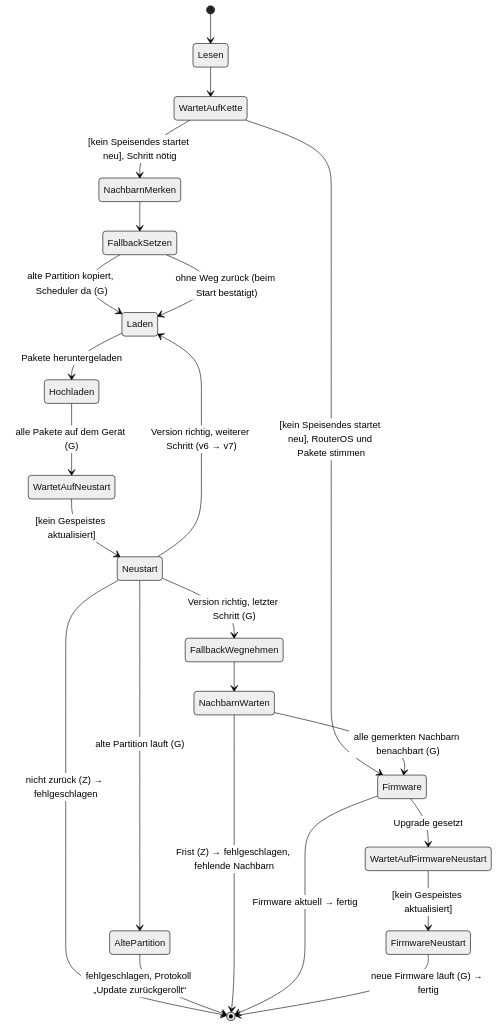
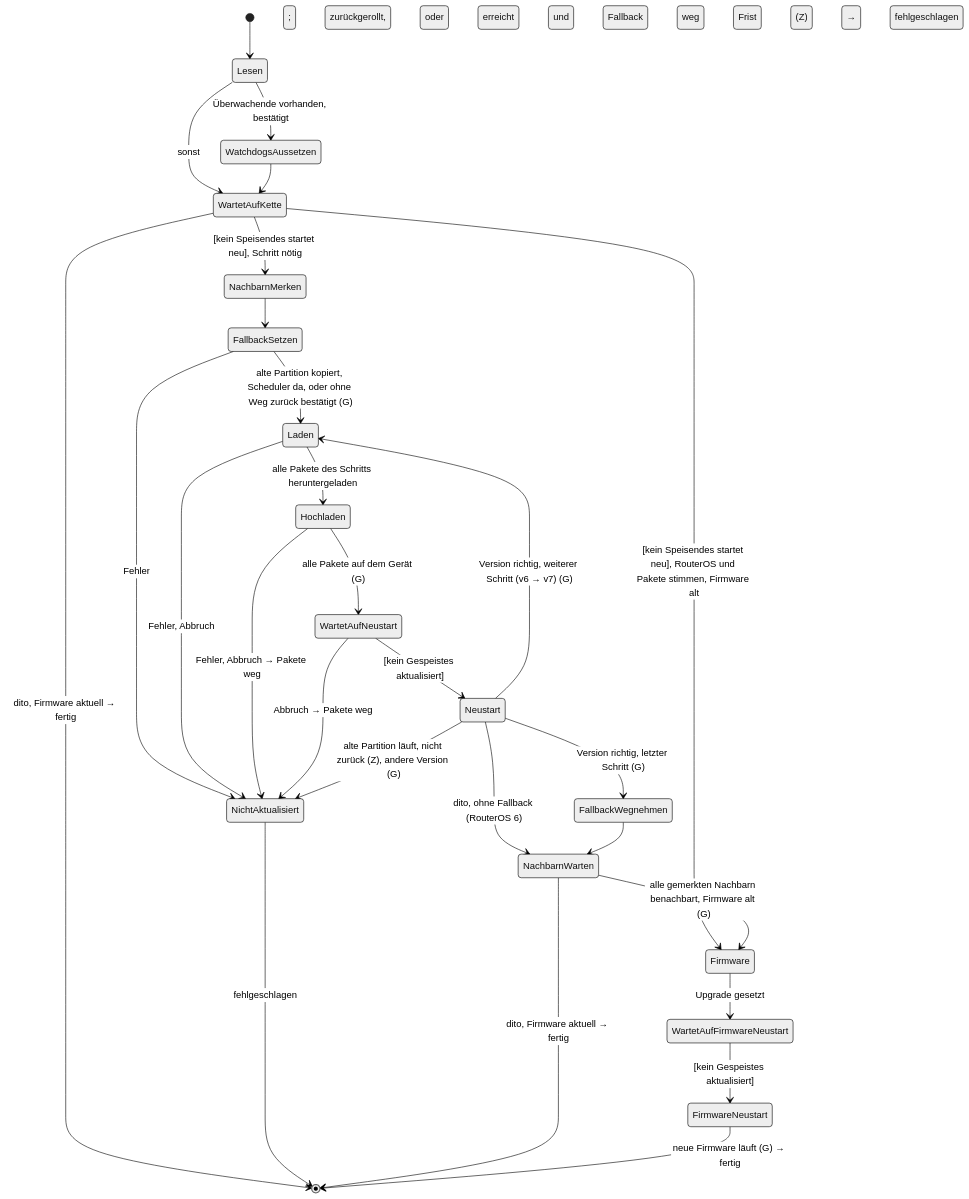
One commit to koa/netbox-provisioner changed the third of 10 diagrams in docs/concepts/device-state.md. Above: the diagram before and after it, drawn with Mermaid (neutral theme). The commit also changed other lines of this file and 5 other files, not shown here.

````diff
--- a/docs/concepts/device-state.md
+++ b/docs/concepts/device-state.md
@@ -223,25 +226,30 @@
 ```mermaid
 stateDiagram-v2
     [*] --> Lesen
-    Lesen --> WartetAufKette
+    Lesen --> WatchdogsAussetzen: Überwachende vorhanden, bestätigt
+    Lesen --> WartetAufKette: sonst
+    WatchdogsAussetzen --> WartetAufKette
     WartetAufKette --> NachbarnMerken: [kein Speisendes startet neu], Schritt nötig
-    WartetAufKette --> Firmware: [kein Speisendes startet neu], RouterOS und Pakete stimmen
+    WartetAufKette --> Firmware: [kein Speisendes startet neu], RouterOS und Pakete stimmen, Firmware alt
+    WartetAufKette --> [*]: dito, Firmware aktuell → fertig
     NachbarnMerken --> FallbackSetzen
-    FallbackSetzen --> Laden: alte Partition kopiert, Scheduler da (G)
-    FallbackSetzen --> Laden: ohne Weg zurück (beim Start bestätigt)
-    Laden --> Hochladen: Pakete heruntergeladen
+    FallbackSetzen --> Laden: alte Partition kopiert, Scheduler da, oder ohne Weg zurück bestätigt (G)
+    Laden --> Hochladen: alle Pakete des Schritts heruntergeladen
     Hochladen --> WartetAufNeustart: alle Pakete auf dem Gerät (G)
     WartetAufNeustart --> Neustart: [kein Gespeistes aktualisiert]
-    Neustart --> Laden: Version richtig, weiterer Schritt (v6 → v7)
+    Neustart --> Laden: Version richtig, weiterer Schritt (v6 → v7) (G)
     Neustart --> FallbackWegnehmen: Version richtig, letzter Schritt (G)
-    Neustart --> AltePartition: alte Partition läuft (G)
-    Neustart --> [*]: nicht zurück (Z) → fehlgeschlagen
-    AltePartition --> [*]: fehlgeschlagen, Protokoll „Update zurückgerollt“
+    Neustart --> NachbarnWarten: dito, ohne Fallback (RouterOS 6)
+    FallbackSetzen --> NichtAktualisiert: Fehler
+    Laden --> NichtAktualisiert: Fehler, Abbruch
+    Hochladen --> NichtAktualisiert: Fehler, Abbruch → Pakete weg
+    WartetAufNeustart --> NichtAktualisiert: Abbruch → Pakete weg
+    Neustart --> NichtAktualisiert: alte Partition läuft, nicht zurück (Z), andere Version (G)
+    NichtAktualisiert --> [*]: fehlgeschlagen; zurückgerollt, oder erreicht und Fallback weg
     FallbackWegnehmen --> NachbarnWarten
-    NachbarnWarten --> Firmware: alle gemerkten Nachbarn benachbart (G)
-    NachbarnWarten --> [*]: Frist (Z) → fehlgeschlagen, fehlende Nachbarn
-    Firmware --> [*]: Firmware aktuell → fertig
+    NachbarnWarten --> Firmware: alle gemerkten Nachbarn benachbart, Firmware alt (G)
+    NachbarnWarten --> [*]: dito, Firmware aktuell → fertig; Frist (Z) → fehlgeschlagen
     Firmware --> WartetAufFirmwareNeustart: Upgrade gesetzt
     WartetAufFirmwareNeustart --> FirmwareNeustart: [kein Gespeistes aktualisiert]
     FirmwareNeustart --> [*]: neue Firmware läuft (G) → fertig
 ```
````
